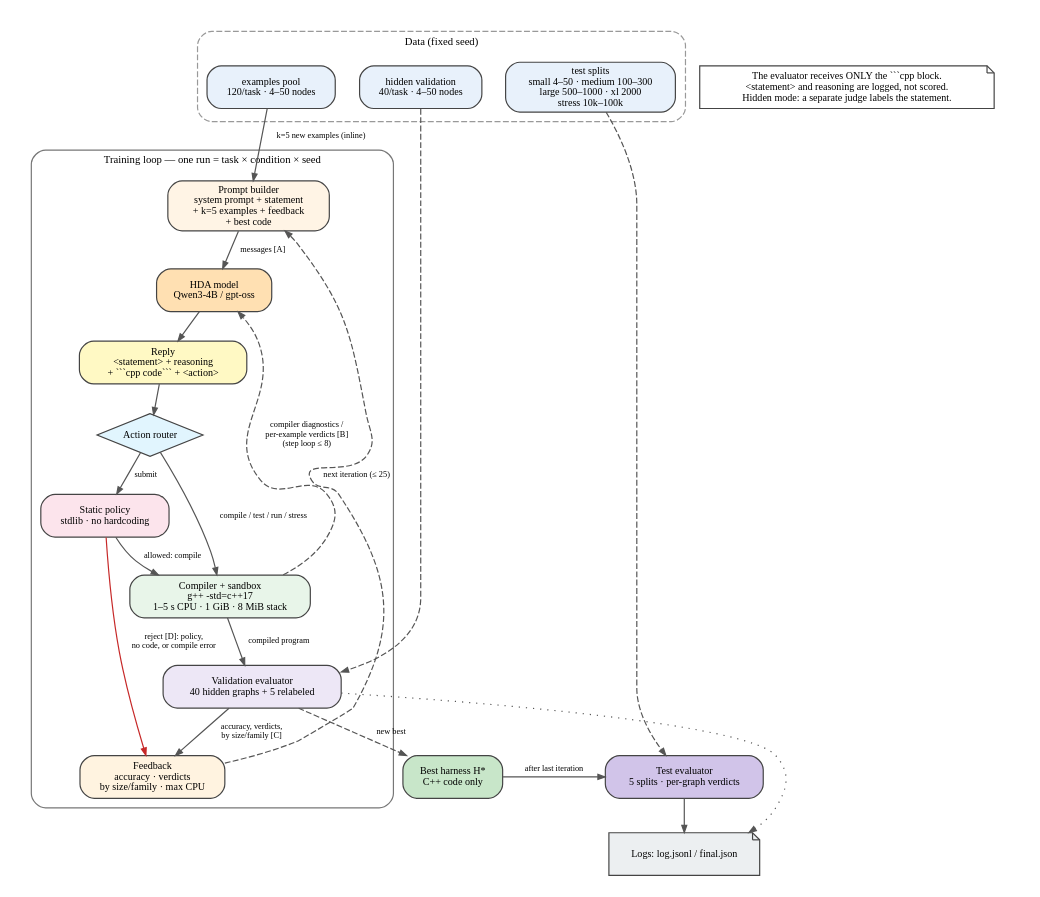
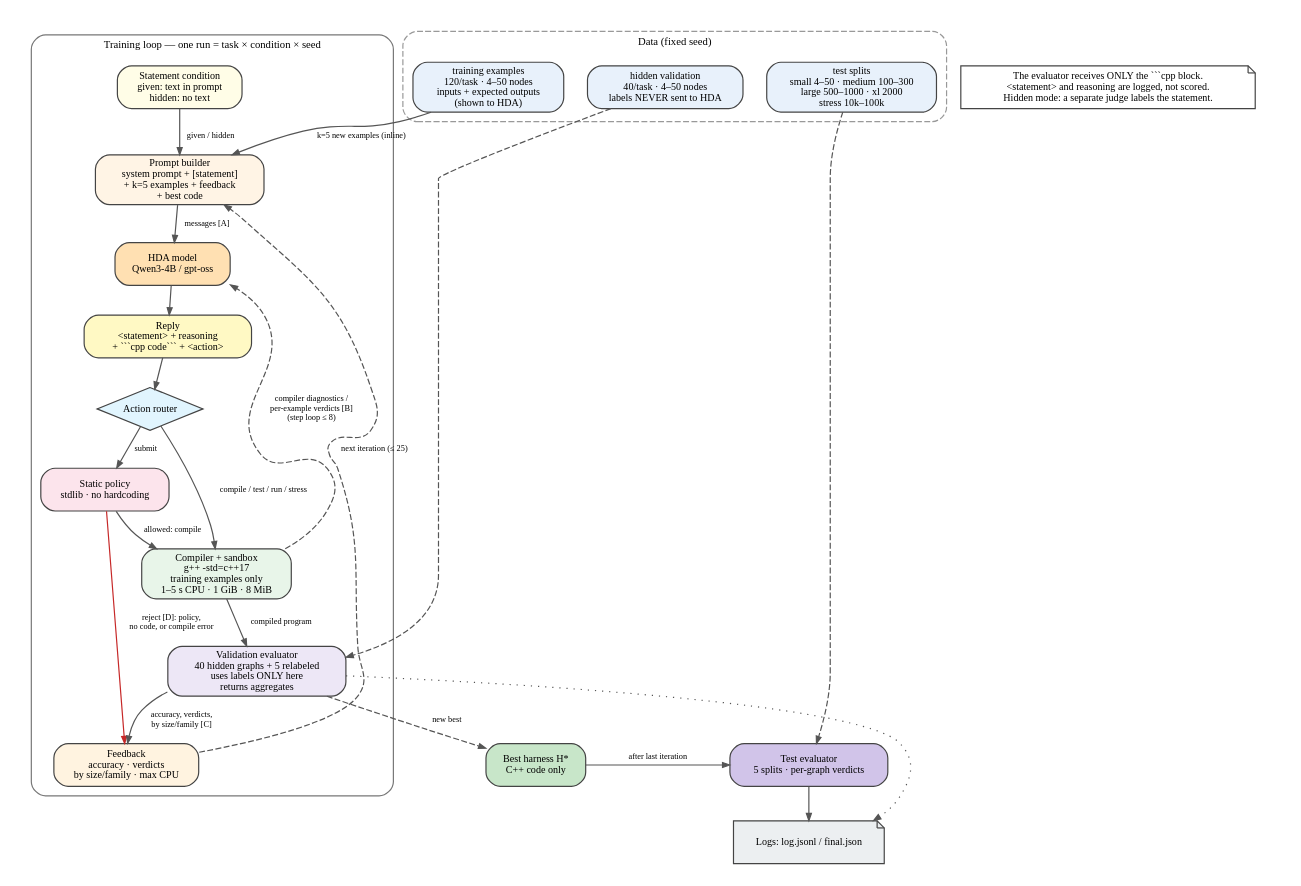
One commit to PrinceZarzees/cs5624-project changed the diagram in report/figures/hda/hda_loop.dot. Above: the diagram before and after it, drawn with Graphviz. The commit also changed 11 other files, not shown here.

First line of the commit message:
report: single-page HDA loop diagram with prompts embedded

````diff
--- a/report/figures/hda/hda_loop.dot
+++ b/report/figures/hda/hda_loop.dot
@@ -1,52 +1,54 @@
 digraph HDA {
   graph [rankdir=TB, splines=true, nodesep=0.28, ranksep=0.34, fontsize=10, pad=0.15];
   node  [shape=box, style="rounded,filled", fillcolor="#F7F7F7", color="#444444", fontsize=8.5, margin="0.08,0.04"];
   edge  [fontsize=7, color="#555555", arrowsize=0.6];
 
   subgraph cluster_data {
     label="Data (fixed seed)"; style="rounded,dashed"; color="#999999"; fontsize=9;
-    ex   [label="examples pool\n120/task · 4–50 nodes", fillcolor="#E8F1FB"];
-    val  [label="hidden validation\n40/task · 4–50 nodes", fillcolor="#E8F1FB"];
+    ex   [label="training examples\n120/task · 4–50 nodes\ninputs + expected outputs\n(shown to HDA)", fillcolor="#E8F1FB"];
+    val  [label="hidden validation\n40/task · 4–50 nodes\nlabels NEVER sent to HDA", fillcolor="#E8F1FB"];
     test [label="test splits\nsmall 4–50 · medium 100–300\nlarge 500–1000 · xl 2000\nstress 10k–100k", fillcolor="#E8F1FB"];
     {rank=same; ex; val; test;}
   }
 
   subgraph cluster_loop {
     label="Training loop — one run = task × condition × seed"; style="rounded"; color="#777777"; fontsize=9;
-    prompt [label="Prompt builder\nsystem prompt + statement\n+ k=5 examples + feedback\n+ best code", fillcolor="#FFF4E5"];
+    stmt   [label="Statement condition\ngiven: text in prompt\nhidden: no text", fillcolor="#FFFDE7"];
+    prompt [label="Prompt builder\nsystem prompt + [statement]\n+ k=5 examples + feedback\n+ best code", fillcolor="#FFF4E5"];
     hda    [label="HDA model\nQwen3-4B / gpt-oss", fillcolor="#FFE0B2"];
     reply  [label="Reply\n<statement> + reasoning\n+ ```cpp code``` + <action>", fillcolor="#FFF9C4"];
     router [label="Action router", shape=diamond, style="filled", fillcolor="#E1F5FE", margin="0.01,0.01"];
-    tool   [label="Compiler + sandbox\ng++ -std=c++17\n1–5 s CPU · 1 GiB · 8 MiB stack", fillcolor="#E8F5E9"];
+    tool   [label="Compiler + sandbox\ng++ -std=c++17\ntraining examples only\n1–5 s CPU · 1 GiB · 8 MiB", fillcolor="#E8F5E9"];
     policy [label="Static policy\nstdlib · no hardcoding", fillcolor="#FCE4EC"];
-    eval   [label="Validation evaluator\n40 hidden graphs + 5 relabeled", fillcolor="#EDE7F6"];
+    eval   [label="Validation evaluator\n40 hidden graphs + 5 relabeled\nuses labels ONLY here\nreturns aggregates", fillcolor="#EDE7F6"];
     fb     [label="Feedback\naccuracy · verdicts\nby size/family · max CPU", fillcolor="#FFF3E0"];
   }
 
   hstar [label="Best harness H*\nC++ code only", fillcolor="#C8E6C9"];
   tests [label="Test evaluator\n5 splits · per-graph verdicts", fillcolor="#D1C4E9"];
   logs  [label="Logs: log.jsonl / final.json", shape=note, fillcolor="#ECEFF1"];
   note  [shape=note, fillcolor="#FFFFFF", label="The evaluator receives ONLY the ```cpp block.\n<statement> and reasoning are logged, not scored.\nHidden mode: a separate judge labels the statement."];
 
   ex -> prompt [label="k=5 new examples (inline)"];
+  stmt -> prompt [label="given / hidden"];
   prompt -> hda [label="messages [A]"];
   hda -> reply;
   reply -> router;
   router -> tool [label="compile / test / run / stress"];
   tool -> hda [label="compiler diagnostics /\nper-example verdicts [B]\n(step loop ≤ 8)", style=dashed, constraint=false];
   router -> policy [label="submit"];
   policy -> fb [label="reject [D]: policy,\nno code, or compile error", color="#C62828"];
   policy -> tool [label="allowed: compile"];
   tool -> eval [label="compiled program"];
   val -> eval [style=dashed];
   eval -> fb [label="accuracy, verdicts,\nby size/family [C]"];
   eval -> hstar [label="new best", style=dashed];
   fb -> prompt [label="next iteration (≤ 25)", style=dashed, constraint=false];
   hstar -> tests [label="after last iteration"];
   test -> tests [style=dashed];
   tests -> logs;
   eval -> logs [style=dotted, constraint=false];
   note -> note [style=invis];
 
   {rank=same; hstar; tests;}
 }
````
